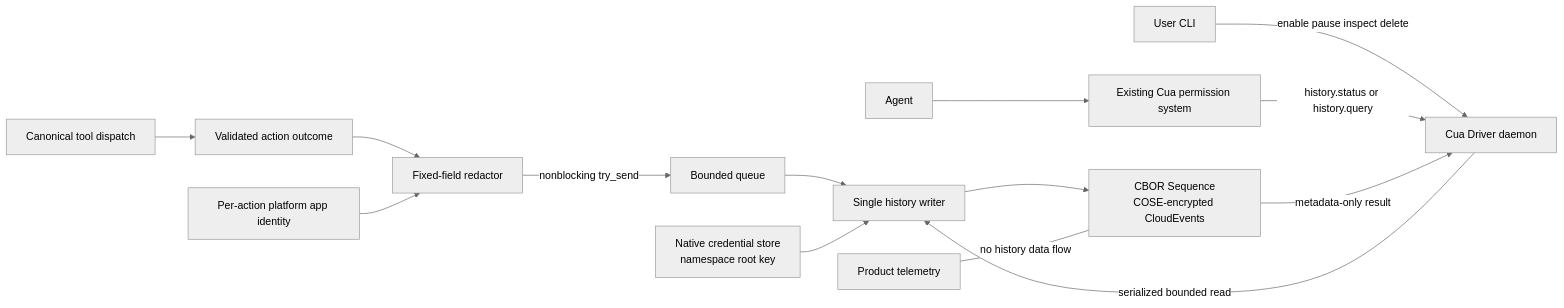
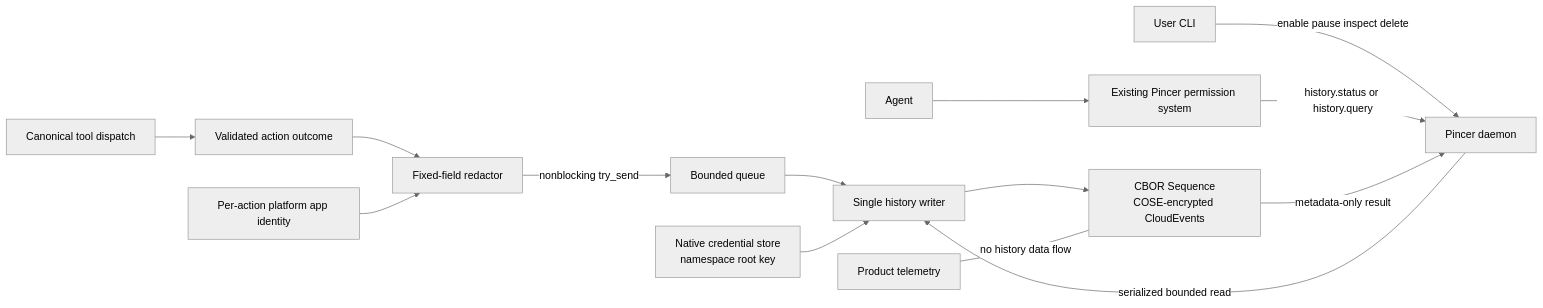
The third of 7 diagrams in docs/computer-history-architecture.md (ModCritic/pincer), drawn with Mermaid (neutral theme) before and after one commit. The commit also changed other lines of this file and 1199 other files, not shown here.

First line of the commit message:
Rename Cua Driver to Pincer throughout

````diff
--- a/docs/computer-history-architecture.md
+++ b/docs/computer-history-architecture.md
@@ -156,18 +156,18 @@
 ```mermaid
 flowchart LR
     A[Canonical tool dispatch] --> O[Validated action outcome]
     O --> R[Fixed-field redactor]
     M[Per-action platform app identity] --> R
     R -->|nonblocking try_send| Q[Bounded queue]
     Q --> W[Single history writer]
     K[Native credential store\nnamespace root key] --> W
     W --> S[CBOR Sequence\nCOSE-encrypted CloudEvents]
 
-    U[User CLI] -->|enable pause inspect delete| D[Cua Driver daemon]
-    G[Agent] --> P[Existing Cua permission system]
+    U[User CLI] -->|enable pause inspect delete| D[Pincer daemon]
+    G[Agent] --> P[Existing Pincer permission system]
     P -->|history.status or history.query| D
     D -->|serialized bounded read| W
     S -->|metadata-only result| D
 
     T[Product telemetry] ---|no history data flow| S
 ```
````
